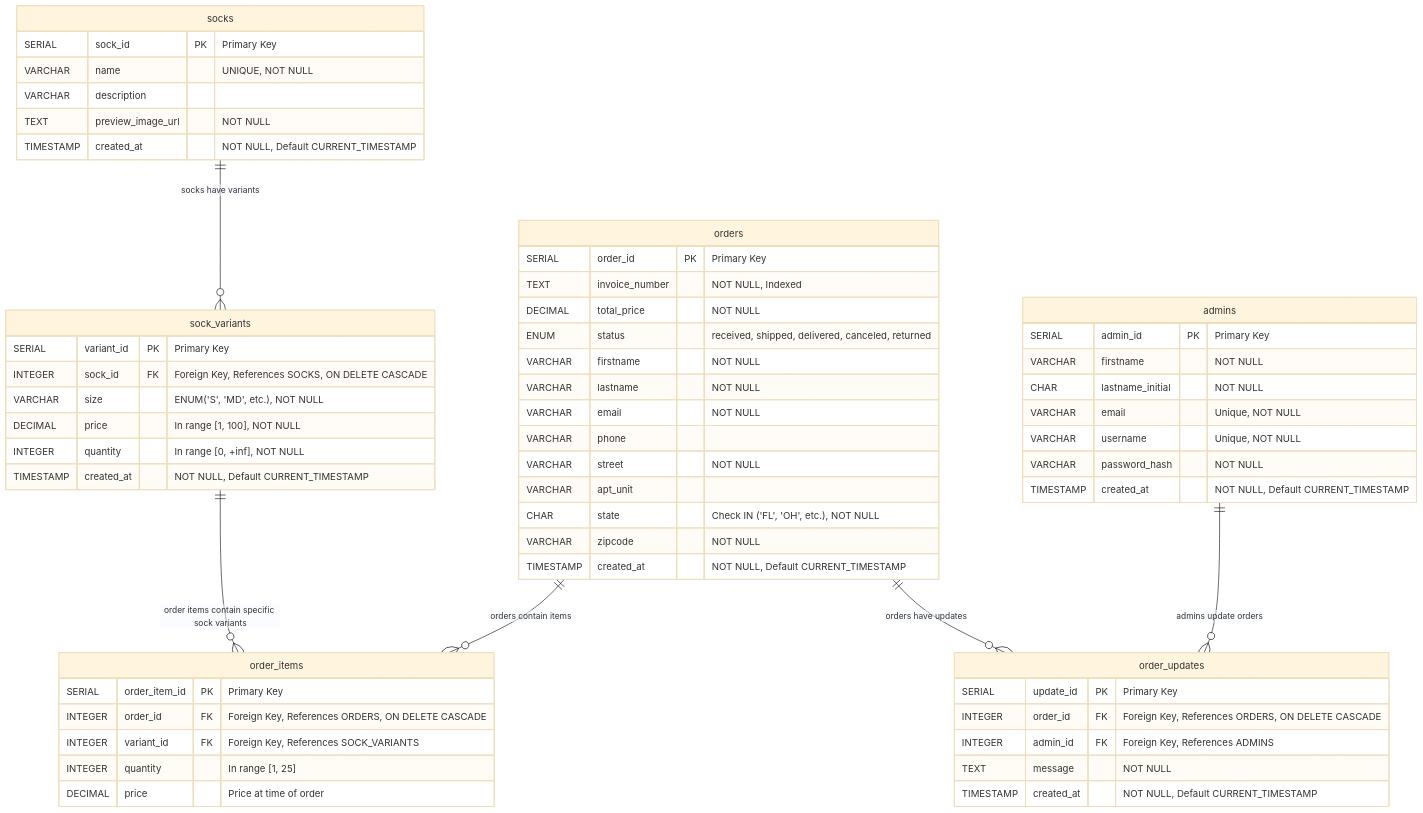
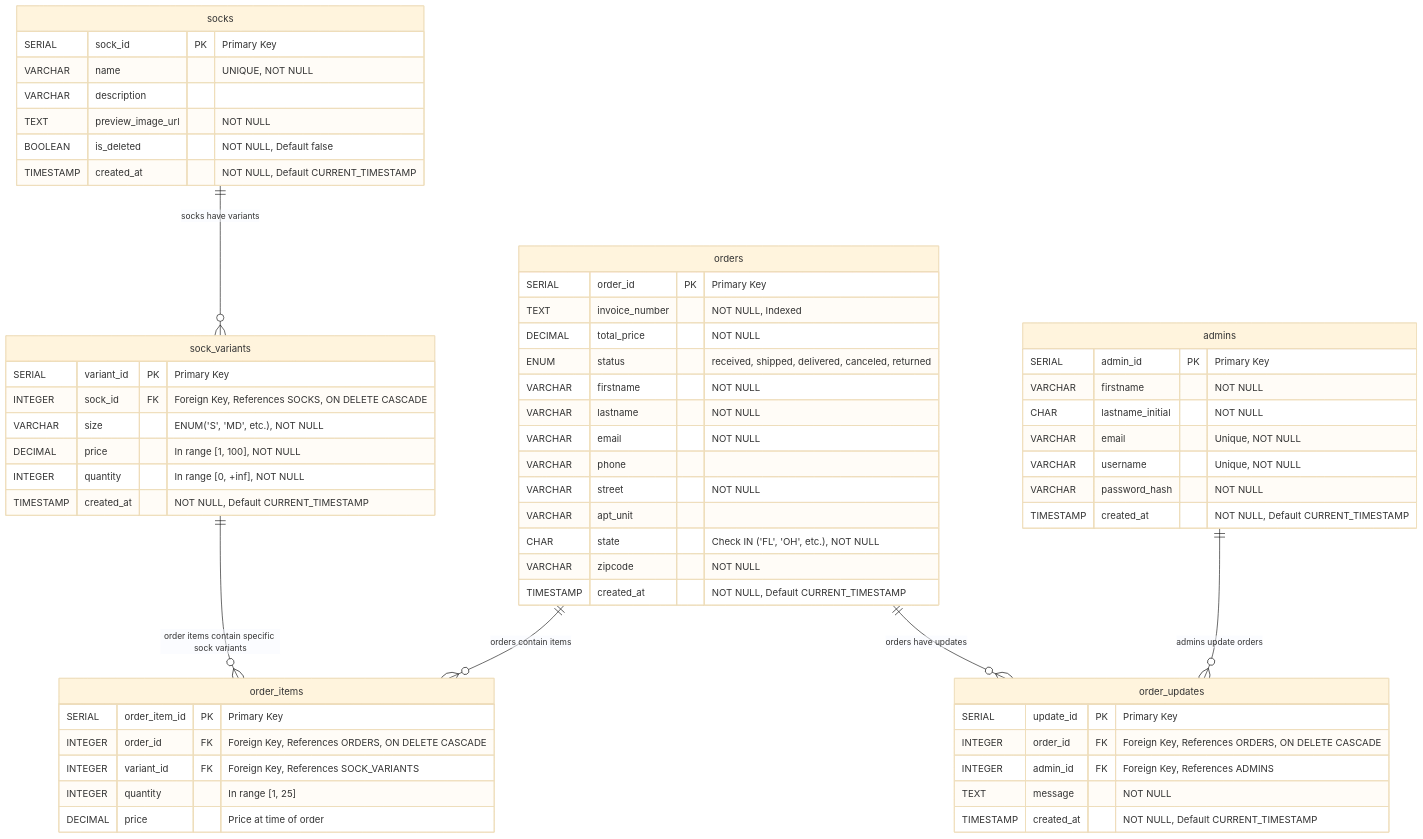
One commit to sockify/sockify changed the diagram in docs/planning/entity_relationship_diagram.md. Above: the diagram before and after it, drawn with Mermaid (base theme). The commit also changed 29 other files, not shown here.

````diff
--- a/docs/planning/entity_relationship_diagram.md
+++ b/docs/planning/entity_relationship_diagram.md
@@ -3,67 +3,68 @@
 ```mermaid
 erDiagram
     admins {
         SERIAL admin_id PK "Primary Key"
         VARCHAR firstname "NOT NULL"
         CHAR lastname_initial "NOT NULL"
         VARCHAR email "Unique, NOT NULL"
         VARCHAR username "Unique, NOT NULL"
         VARCHAR password_hash "NOT NULL"
         TIMESTAMP created_at "NOT NULL, Default CURRENT_TIMESTAMP"
     }
 
     socks {
         SERIAL sock_id PK "Primary Key"
         VARCHAR name "UNIQUE, NOT NULL"
         VARCHAR description
         TEXT preview_image_url "NOT NULL"
+        BOOLEAN is_deleted "NOT NULL, Default false"
         TIMESTAMP created_at "NOT NULL, Default CURRENT_TIMESTAMP"
     }
 
     sock_variants {
         SERIAL variant_id PK "Primary Key"
         INTEGER sock_id FK "Foreign Key, References SOCKS, ON DELETE CASCADE"
         VARCHAR size "ENUM('S', 'MD', etc.), NOT NULL"
         DECIMAL price "In range [1, 100], NOT NULL"
         INTEGER quantity "In range [0, +inf], NOT NULL"
         TIMESTAMP created_at "NOT NULL, Default CURRENT_TIMESTAMP"
     }
 
     orders {
         SERIAL order_id PK "Primary Key"
         TEXT invoice_number "NOT NULL, Indexed"
         DECIMAL total_price "NOT NULL"
         ENUM status "received, shipped, delivered, canceled, returned"
         VARCHAR firstname "NOT NULL"
         VARCHAR lastname "NOT NULL"
         VARCHAR email "NOT NULL"
         VARCHAR phone
         VARCHAR street "NOT NULL"
         VARCHAR apt_unit
         CHAR state "Check IN ('FL', 'OH', etc.), NOT NULL"
         VARCHAR zipcode "NOT NULL"
         TIMESTAMP created_at "NOT NULL, Default CURRENT_TIMESTAMP"
     }
 
     order_items {
         SERIAL order_item_id PK "Primary Key"
         INTEGER order_id FK "Foreign Key, References ORDERS, ON DELETE CASCADE"
         INTEGER variant_id FK "Foreign Key, References SOCK_VARIANTS"
         INTEGER quantity "In range [1, 25]"
         DECIMAL price "Price at time of order"
     }
 
     order_updates {
         SERIAL update_id PK "Primary Key"
         INTEGER order_id FK "Foreign Key, References ORDERS, ON DELETE CASCADE"
         INTEGER admin_id FK "Foreign Key, References ADMINS"
         TEXT message "NOT NULL"
         TIMESTAMP created_at "NOT NULL, Default CURRENT_TIMESTAMP"
     }
 
     socks ||--o{ sock_variants : "socks have variants"
     orders ||--o{ order_items : "orders contain items"
     sock_variants ||--o{ order_items : "order items contain specific sock variants"
     admins ||--o{ order_updates : "admins update orders"
     orders ||--o{ order_updates : "orders have updates"
 ```
````
